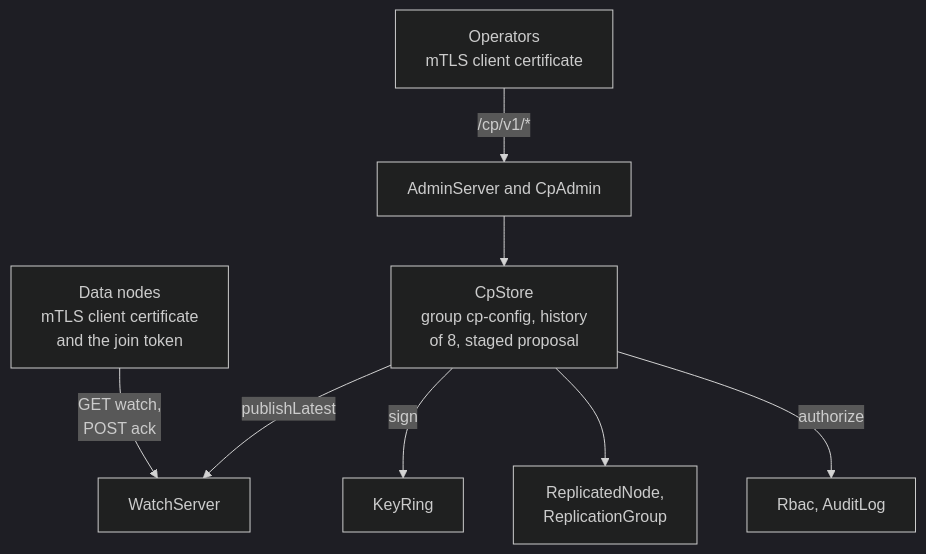
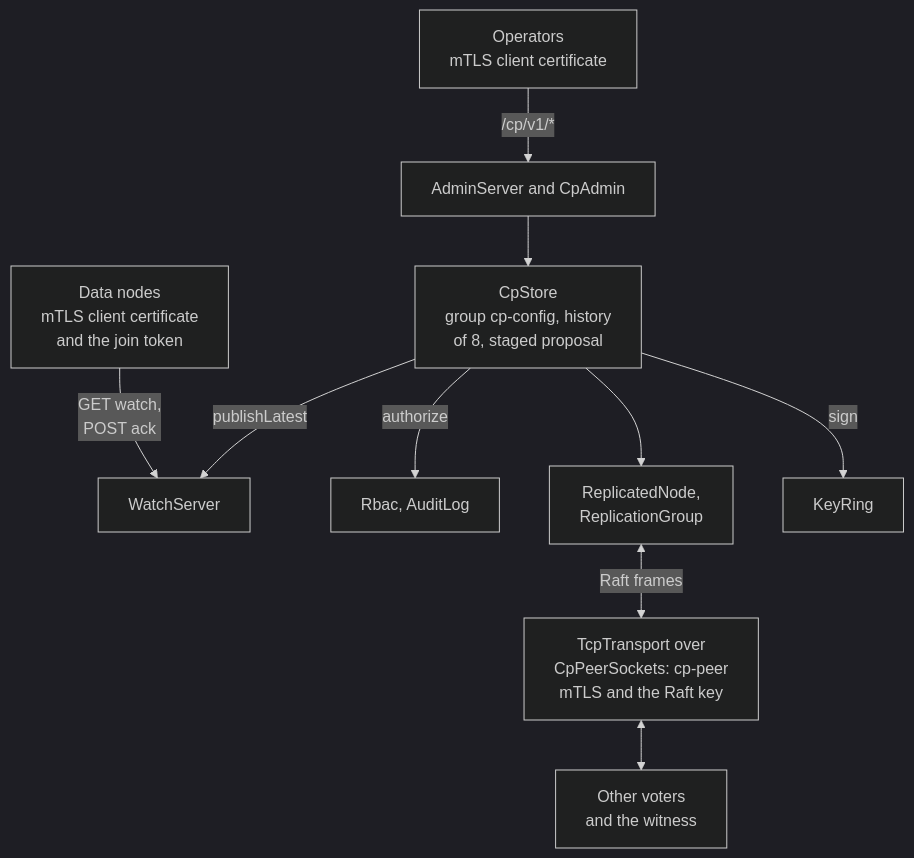
Before and after one commit to BlivionIaG/sjws_nettask: the second of 4 diagrams in docs/design/control-plane-hosting.md, drawn with Mermaid (dark theme). The commit also changed other lines of this file and 7 other files, not shown here.

First line of the commit message:
docs: update the diagrams for the 30 new master commits

````diff
--- a/docs/design/control-plane-hosting.md
+++ b/docs/design/control-plane-hosting.md
@@ -50,10 +51,12 @@
 ```mermaid
 flowchart TB
     ops["Operators<br/>mTLS client certificate"] -->|"/cp/v1/*"| adm["AdminServer and CpAdmin"]
     nodes["Data nodes<br/>mTLS client certificate<br/>and the join token"] -->|"GET watch,<br/>POST ack"| wat["WatchServer"]
     adm --> store["CpStore<br/>group cp-config, history<br/>of 8, staged proposal"]
     store -->|"authorize"| rbac["Rbac, AuditLog"]
     store --> raft["ReplicatedNode,<br/>ReplicationGroup"]
     store -->|"sign"| keys["KeyRing"]
     store -->|"publishLatest"| wat
+    raft <-->|"Raft frames"| link["TcpTransport over<br/>CpPeerSockets: cp-peer<br/>mTLS and the Raft key"]
+    link <--> voters["Other voters<br/>and the witness"]
 ```
````
